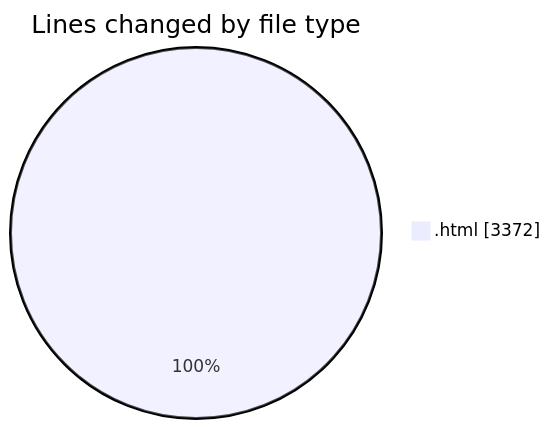
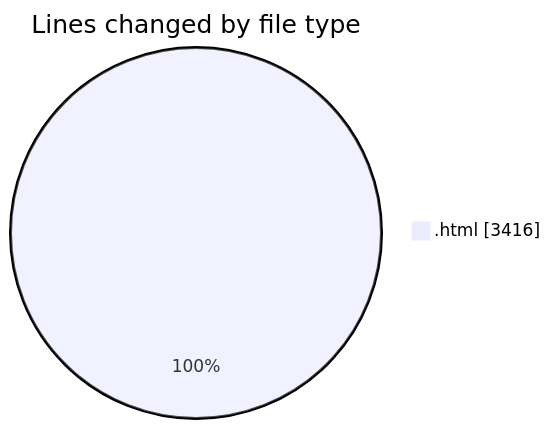
The first of 2 diagrams in 2025-08-09/nxtqube_webapp/README.md (nxtqubesakshisongat/code-tracking), drawn with Mermaid before and after one commit. The commit also changed other lines of this file and 1 other file, not shown here.

````diff
--- a/2025-08-09/nxtqube_webapp/README.md
+++ b/2025-08-09/nxtqube_webapp/README.md
@@ -20,5 +20,5 @@
 ```mermaid
 pie showData
 title Lines changed by file type
-".html" : 3372
+".html" : 3416
 ```
````
